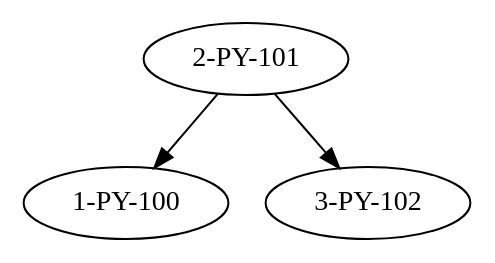
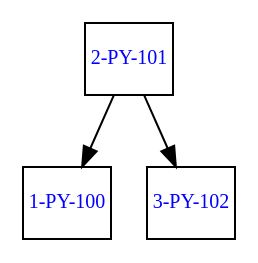
One commit to guy-devoir/EDD_2S2023_PY_201800632 changed the diagram in arbolAVL.dot. Above: the diagram before and after it, drawn with Graphviz. The commit also changed 12 other files, not shown here.

```diff
--- a/arbolAVL.dot
+++ b/arbolAVL.dot
@@ -1,10 +1,11 @@
 digraph G {
+ node [margin=0 fontcolor=blue fontsize=10 width=0.5 shape=rec ] 
 node2[label="2-PY-101"]
 
 node2 -> node1
 node1[label="1-PY-100"]
 
 node2 -> node3
 node3[label="3-PY-102"]
 
 }
```
